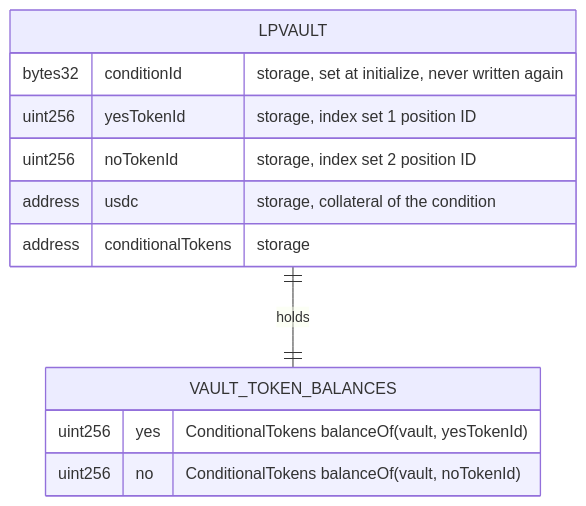
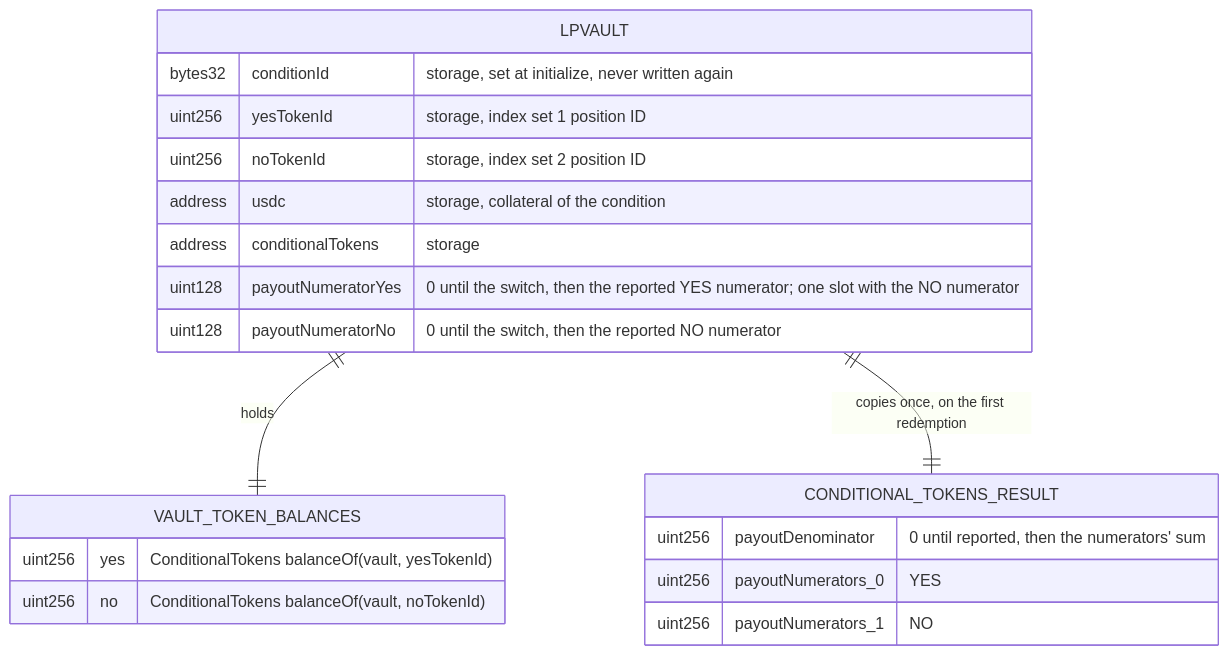
Before and after one commit to ProphetMarket/lp-vaults: the third of 3 diagrams in specs/features/contracts/FEAT-6HBN-complete-set-merge-and-resolution/ARCHITECTURE.md, drawn with Mermaid. The commit also changed other lines of this file and 31 other files, not shown here.

First line of the commit message:
spec (vault): Specify the redemption and the switch

````diff
--- a/specs/features/contracts/FEAT-6HBN-complete-set-merge-and-resolution/ARCHITECTURE.md
+++ b/specs/features/contracts/FEAT-6HBN-complete-set-merge-and-resolution/ARCHITECTURE.md
@@ -53,15 +59,23 @@
 ```mermaid
 erDiagram
     LPVAULT {
         bytes32 conditionId "storage, set at initialize, never written again"
         uint256 yesTokenId "storage, index set 1 position ID"
         uint256 noTokenId "storage, index set 2 position ID"
         address usdc "storage, collateral of the condition"
         address conditionalTokens "storage"
+        uint128 payoutNumeratorYes "0 until the switch, then the reported YES numerator; one slot with the NO numerator"
+        uint128 payoutNumeratorNo "0 until the switch, then the reported NO numerator"
     }
     VAULT_TOKEN_BALANCES {
         uint256 yes "ConditionalTokens balanceOf(vault, yesTokenId)"
         uint256 no "ConditionalTokens balanceOf(vault, noTokenId)"
     }
+    CONDITIONAL_TOKENS_RESULT {
+        uint256 payoutDenominator "0 until reported, then the numerators' sum"
+        uint256 payoutNumerators_0 "YES"
+        uint256 payoutNumerators_1 "NO"
+    }
     LPVAULT ||--|| VAULT_TOKEN_BALANCES : "holds"
+    LPVAULT ||--|| CONDITIONAL_TOKENS_RESULT : "copies once, on the first redemption"
 ```
````
